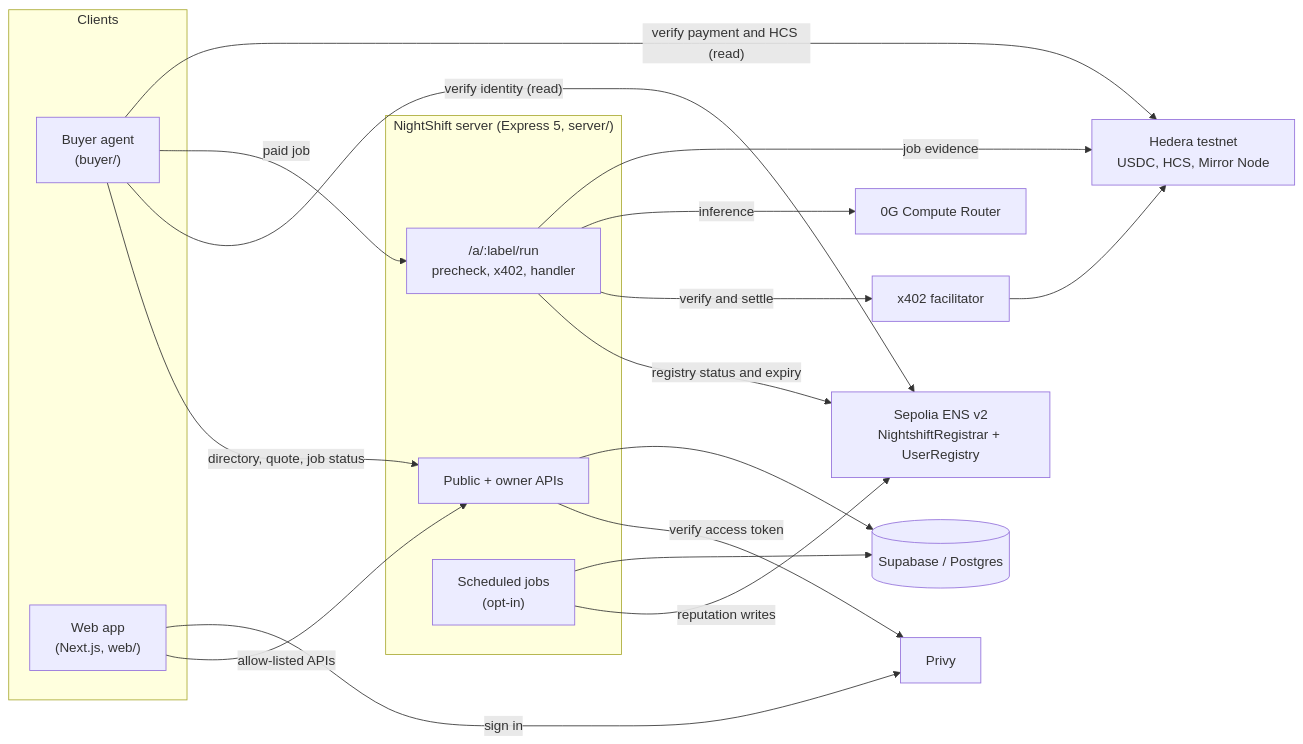
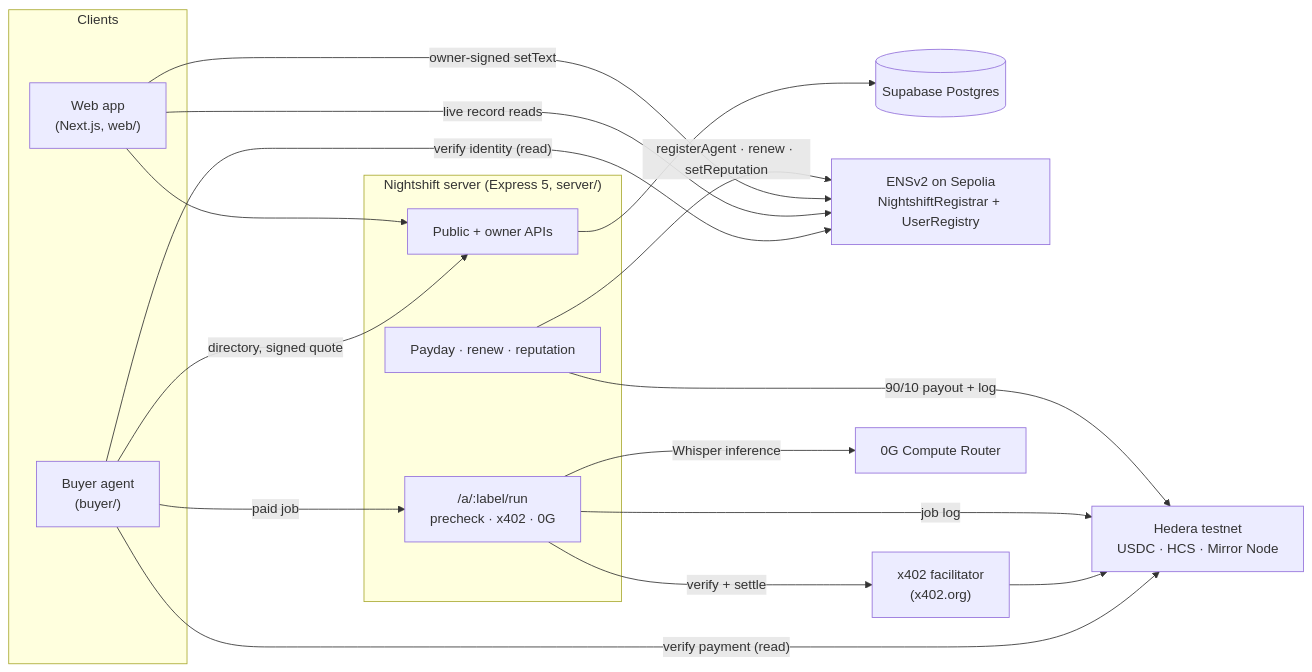
The first of 2 diagrams in README.md (Jash-Bohare/NightShift), drawn with Mermaid before and after one commit. The commit also changed other lines of this file and 1 other file, not shown here.

````diff
--- a/README.md
+++ b/README.md
@@ -121,34 +53,31 @@
 ```mermaid
 flowchart LR
   subgraph Clients
     B["Buyer agent<br/>(buyer/)"]
     W["Web app<br/>(Next.js, web/)"]
   end
-  subgraph Server["NightShift server (Express 5, server/)"]
+  subgraph Server["Nightshift server (Express 5, server/)"]
     API["Public + owner APIs"]
-    RUN["/a/:label/run<br/>precheck, x402, handler"]
-    CRON["Scheduled jobs<br/>(opt-in)"]
+    RUN["/a/:label/run<br/>precheck · x402 · 0G"]
+    JOBS["Payday · renew · reputation"]
   end
-  DB[("Supabase / Postgres")]
-  ENS["Sepolia ENS v2<br/>NightshiftRegistrar + UserRegistry"]
-  FAC["x402 facilitator"]
-  HED["Hedera testnet<br/>USDC, HCS, Mirror Node"]
+  DB[("Supabase Postgres")]
+  ENS["ENSv2 on Sepolia<br/>NightshiftRegistrar + UserRegistry"]
+  FAC["x402 facilitator<br/>(x402.org)"]
+  HED["Hedera testnet<br/>USDC · HCS · Mirror Node"]
   ZG["0G Compute Router"]
-  PRIVY["Privy"]
 
-  B -->|"directory, quote, job status"| API
+  B -->|"directory, signed quote"| API
   B -->|"verify identity (read)"| ENS
   B -->|"paid job"| RUN
-  B -->|"verify payment and HCS (read)"| HED
-  W -->|"allow-listed APIs"| API
-  W -->|"sign in"| PRIVY
-  API -->|"verify access token"| PRIVY
+  B -->|"verify payment (read)"| HED
+  W --> API
+  W -->|"live record reads"| ENS
+  W -->|"owner-signed setText"| ENS
   API --> DB
-  RUN -->|"registry status and expiry"| ENS
-  RUN -->|"verify and settle"| FAC
-  FAC --> HED
-  RUN -->|"inference"| ZG
-  RUN -->|"job evidence"| HED
-  CRON -->|"reputation writes"| ENS
-  CRON --> DB
+  RUN -->|"verify + settle"| FAC --> HED
+  RUN -->|"Whisper inference"| ZG
+  RUN -->|"job log"| HED
+  JOBS -->|"registerAgent · renew · setReputation"| ENS
+  JOBS -->|"90/10 payout + log"| HED
 ```
````
